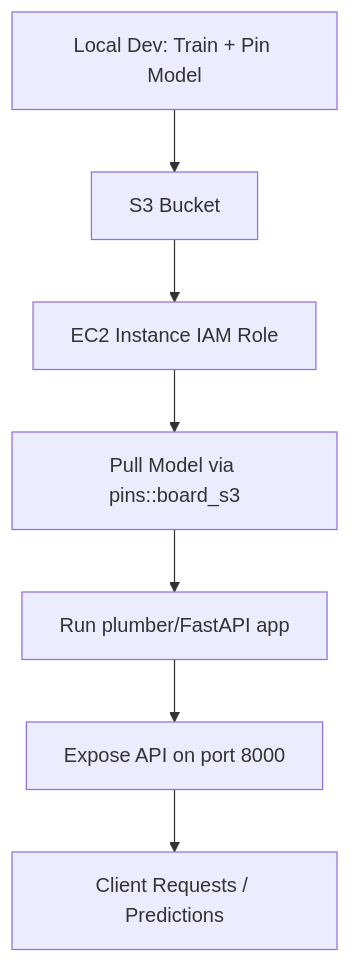
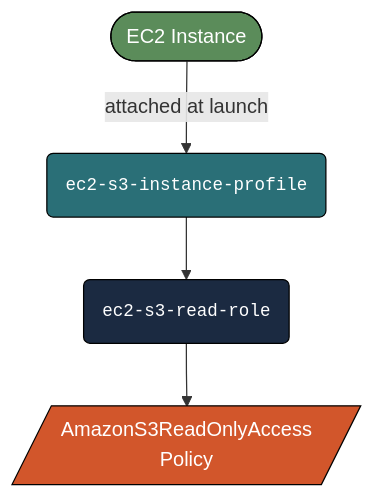
Before and after one commit to mjfrigaard/do4ds-labs: the sixth of 7 diagrams in aws-ec2.qmd, drawn with Mermaid. The commit also changed other lines of this file and 15 other files, not shown here.

````diff
--- a/aws-ec2.qmd
+++ b/aws-ec2.qmd
@@ -467,15 +537,17 @@
 ```{mermaid}
-%%| fig-cap: ‘EC2 Instances’
+%%| fig-cap: 'Create Role & Attach Policy'
 %%| fig-width: 7.0
 %%| fig-align: 'center'
 %%{init: {‘theme’: ‘base’, ‘themeVariables’: {‘fontFamily’: ‘monospace’}}}%%
 
 graph TD
-    A[Local Dev: Train + Pin Model] --> B[S3 Bucket]
-    B --> C[EC2 Instance IAM Role]
-    C --> D[Pull Model via pins::board_s3]
-    D --> E[Run plumber/FastAPI app]
-    E --> F[Expose API on port 8000]
-    F --> G[Client Requests / Predictions]
+    A("ec2-s3-instance-profile") --> B("ec2-s3-read-role")
+    B --> C[/"AmazonS3ReadOnlyAccess<br>Policy"/]
+    D(["EC2 Instance"]) -->|attached at launch| A
+    
+    style D fill:#5B8C5A,stroke:#000000,stroke-width:1px,color:#ffffff
+    style B fill:#1B2A41,stroke:#000000,stroke-width:1px,font-size:14px,text-align:center,font-family:monospace,color:#ffffff
+    style C fill:#D2562B,stroke:#000000,stroke-width:1px,color:#ffffff
+    style A fill:#2A6F77,stroke:#000000,stroke-width:1px,font-size:14px,text-align:center,font-family:monospace,color:#ffffff
     
 ```
````
